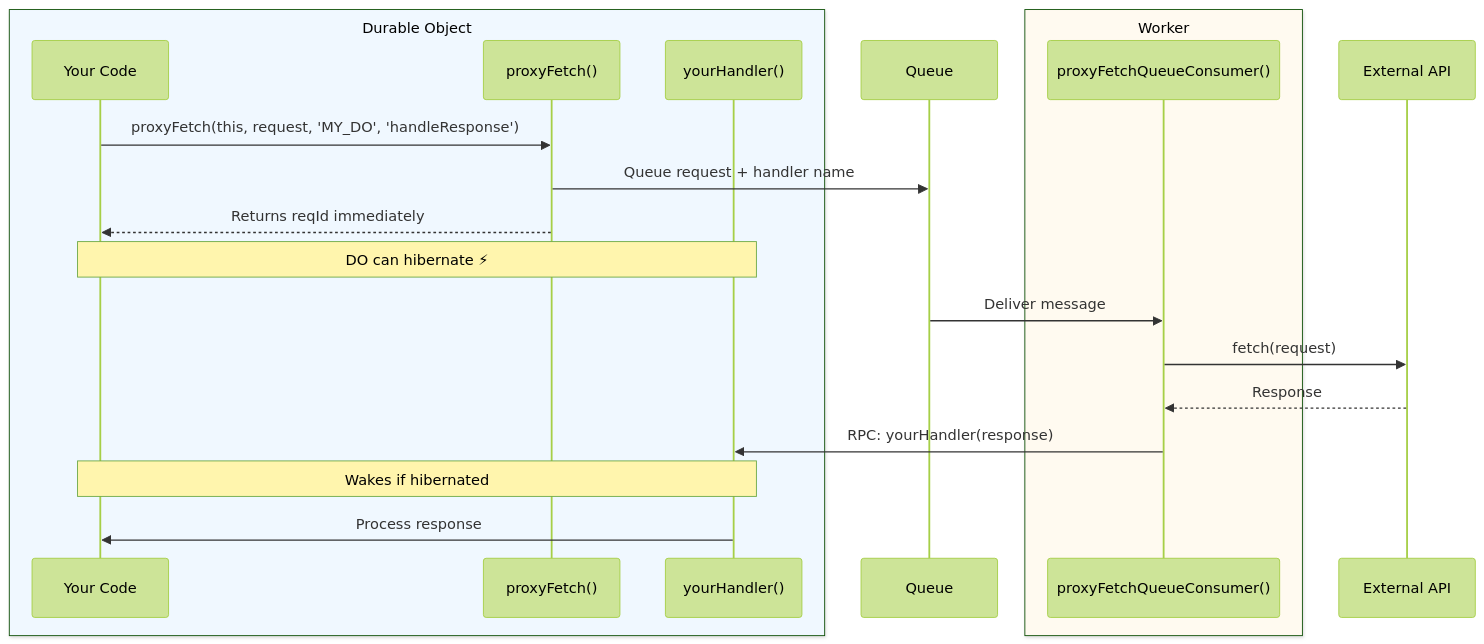
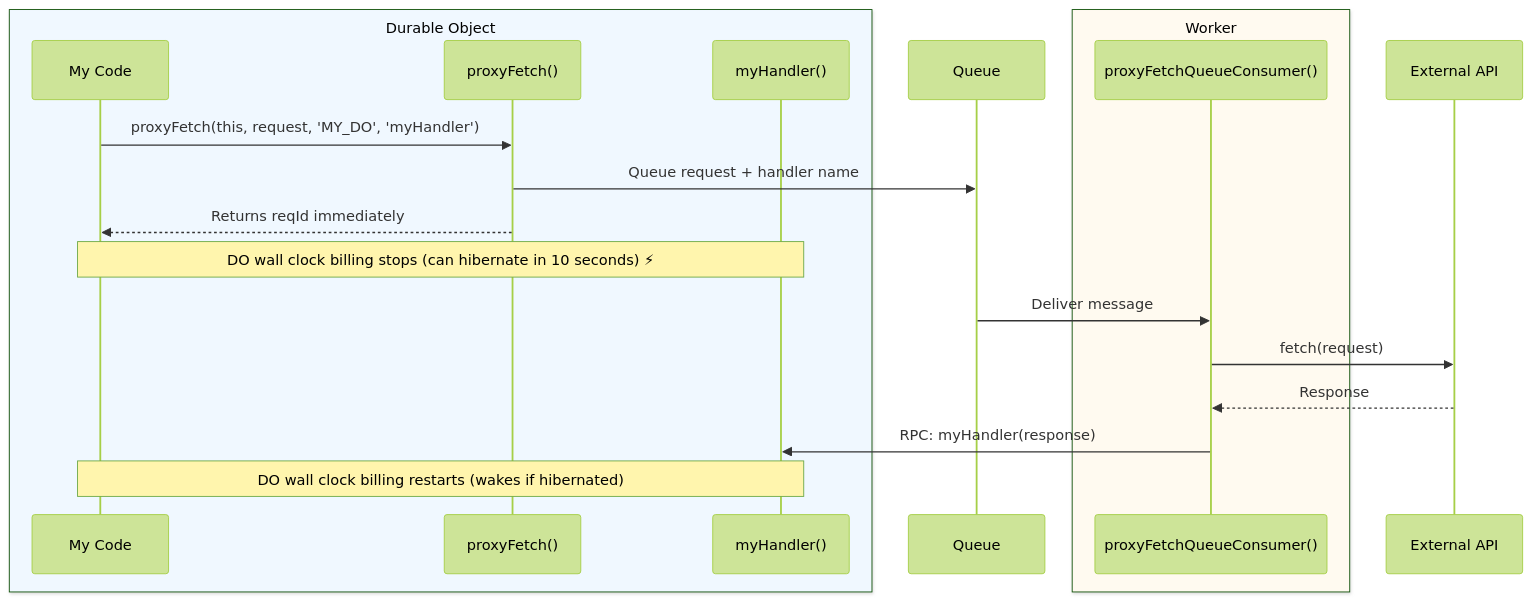
The diagram in website/docs/proxy-fetch/queue.mdx (lumenize/lumenize), drawn with Mermaid (forest theme) before and after one commit. The commit also changed other lines of this file and 3 other files, not shown here.

````diff
--- a/website/docs/proxy-fetch/queue.mdx
+++ b/website/docs/proxy-fetch/queue.mdx
@@ -14,25 +14,24 @@
 ```mermaid @skip-check
 sequenceDiagram
     box rgb(240, 248, 255) Durable Object
-        participant User as Your Code
+        participant User as My Code
         participant ProxyFetch as proxyFetch()
-        participant Handler as yourHandler()
+        participant Handler as myHandler()
     end
     participant Queue as Queue
     box rgb(255, 250, 240) Worker
         participant QueueConsumer as proxyFetchQueueConsumer()
     end
     participant API as External API
 
-    User->>ProxyFetch: proxyFetch(this, request, 'MY_DO', 'handleResponse')
+    User->>ProxyFetch: proxyFetch(this, request, 'MY_DO', 'myHandler')
     ProxyFetch->>Queue: Queue request + handler name
     ProxyFetch-->>User: Returns reqId immediately
-    Note over User,Handler: DO can hibernate ⚡
+    Note over User,Handler: DO wall clock billing stops (can hibernate in 10 seconds) ⚡
 
     Queue->>QueueConsumer: Deliver message
     QueueConsumer->>API: fetch(request)
     API-->>QueueConsumer: Response
-    QueueConsumer->>Handler: RPC: yourHandler(response)
-    Note over User,Handler: Wakes if hibernated
-    Handler->>User: Process response
+    QueueConsumer->>Handler: RPC: myHandler(response)
+    Note over User,Handler: DO wall clock billing restarts (wakes if hibernated)
 ```
````
